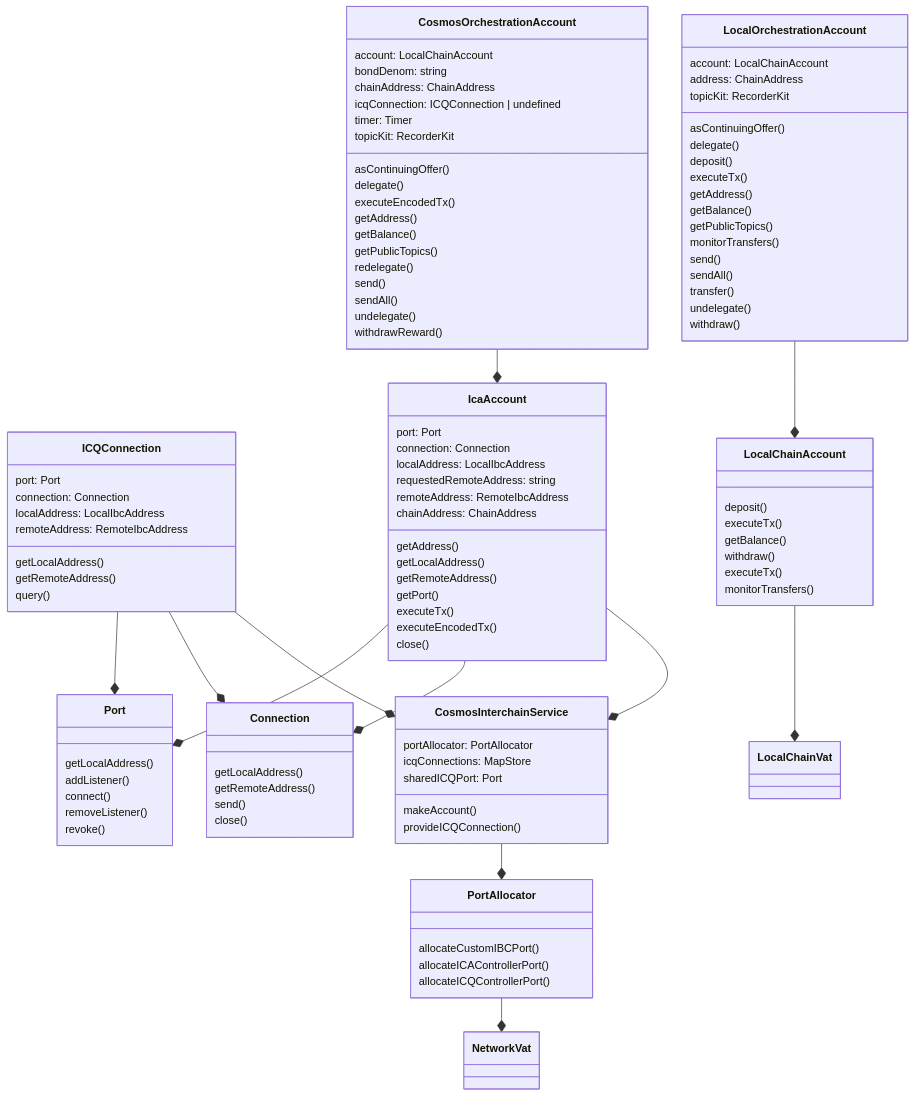
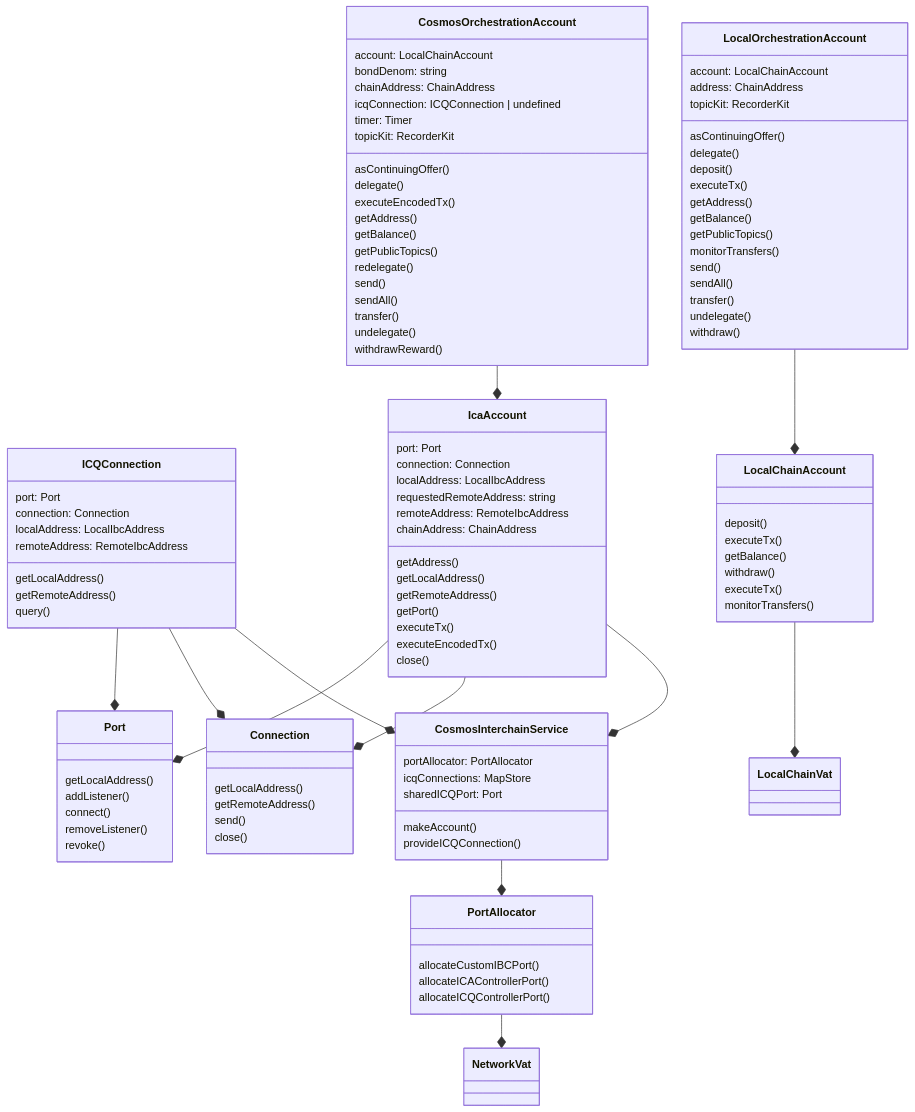
Before and after one commit to Agoric/agoric-sdk: the diagram in packages/orchestration/src/exos/README.md, drawn with Mermaid. The commit also changed 13 other files, not shown here.

```diff
--- a/packages/orchestration/src/exos/README.md
+++ b/packages/orchestration/src/exos/README.md
@@ -120,6 +120,7 @@
       redelegate()
       send()
       sendAll()
+      transfer()
       undelegate()
       withdrawReward()
     }
```
